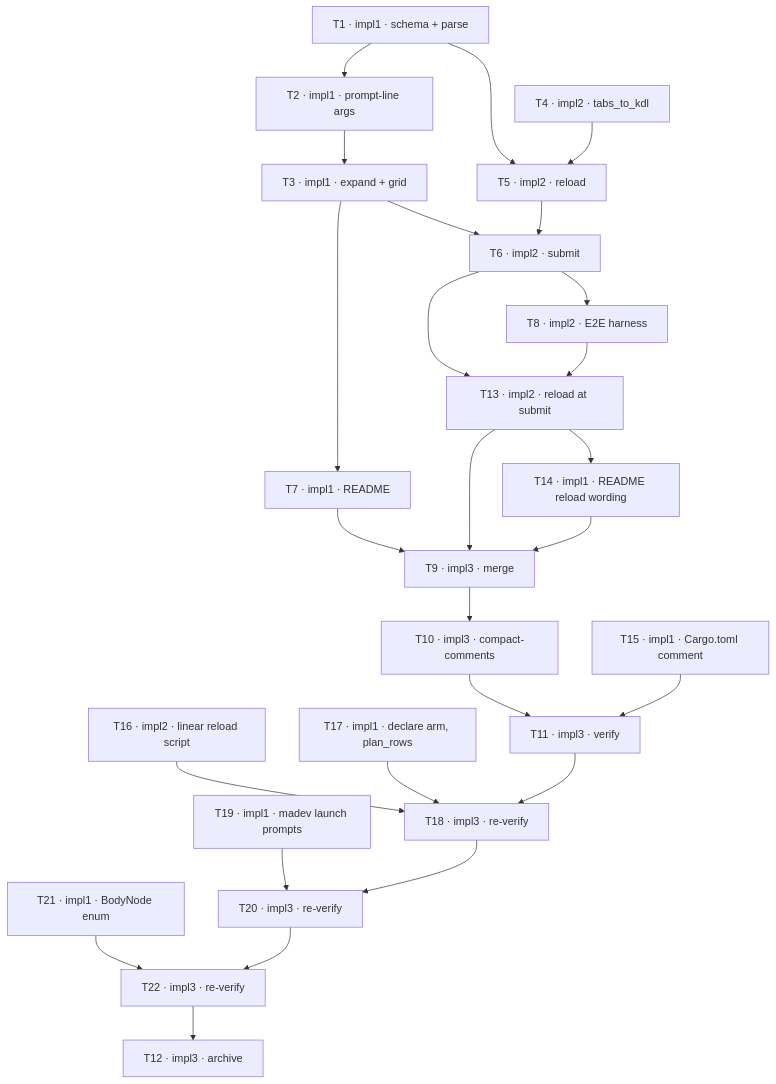
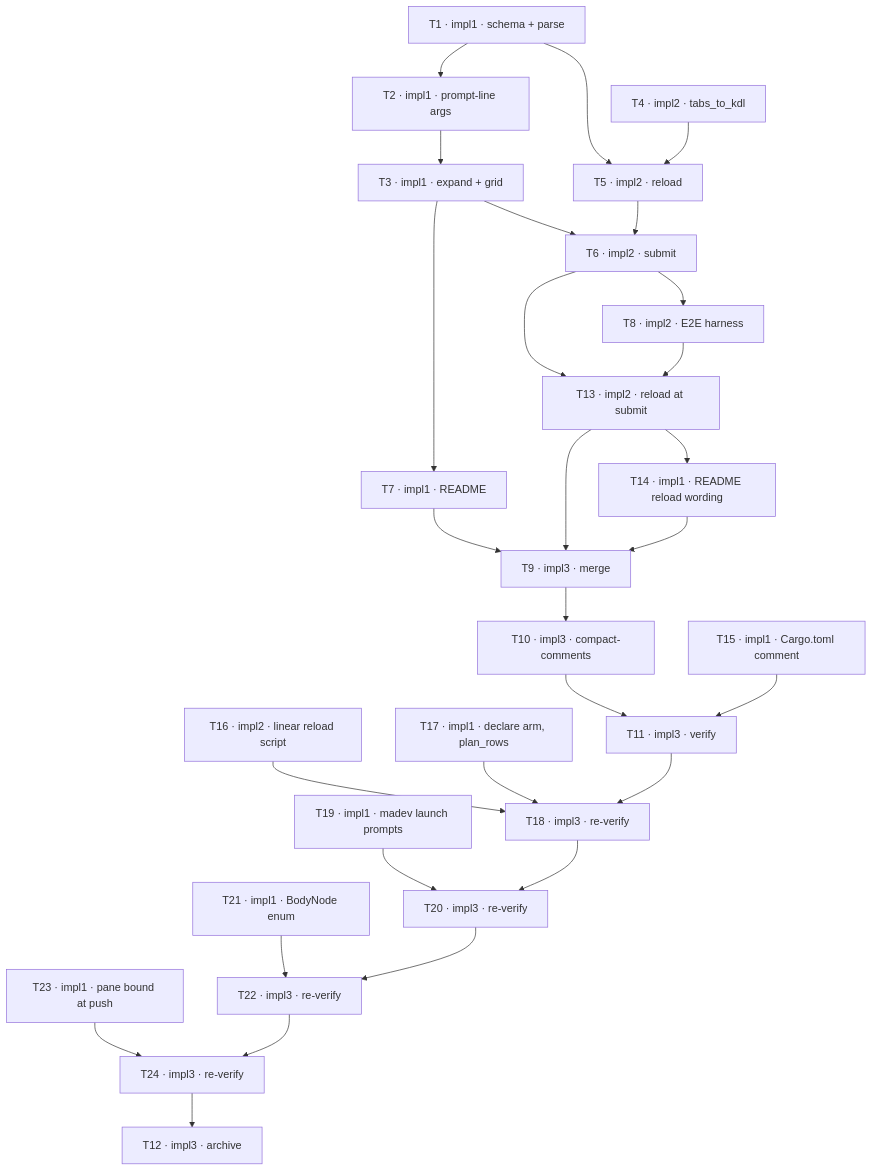
Before and after one commit to treekmk/zellaude: the diagram in CLAUDE_TODO-layout-generator.md, drawn with Mermaid. The commit also changed other lines of this file and 1 other file, not shown here.

First line of the commit message:
[revise] Bound panes at push time (T23), re-verify (T24)

````diff
--- a/CLAUDE_TODO-layout-generator.md
+++ b/CLAUDE_TODO-layout-generator.md
@@ -50,29 +52,31 @@
 ```mermaid
 graph TD
   T1[T1 · impl1 · schema + parse] --> T2[T2 · impl1 · prompt-line args]
   T2 --> T3[T3 · impl1 · expand + grid]
   T4[T4 · impl2 · tabs_to_kdl]
   T1 --> T5[T5 · impl2 · reload]
   T4 --> T5
   T3 --> T6[T6 · impl2 · submit]
   T5 --> T6
   T3 --> T7[T7 · impl1 · README]
   T6 --> T8[T8 · impl2 · E2E harness]
   T6 --> T13[T13 · impl2 · reload at submit]
   T8 --> T13
   T13 --> T14[T14 · impl1 · README reload wording]
   T7 --> T9[T9 · impl3 · merge]
   T13 --> T9
   T14 --> T9
   T9 --> T10[T10 · impl3 · compact-comments]
   T10 --> T11[T11 · impl3 · verify]
   T15[T15 · impl1 · Cargo.toml comment] --> T11
   T16[T16 · impl2 · linear reload script] --> T18[T18 · impl3 · re-verify]
   T17[T17 · impl1 · declare arm, plan_rows] --> T18
   T11 --> T18
   T19[T19 · impl1 · madev launch prompts] --> T20[T20 · impl3 · re-verify]
   T18 --> T20
   T21[T21 · impl1 · BodyNode enum] --> T22[T22 · impl3 · re-verify]
   T20 --> T22
-  T22 --> T12[T12 · impl3 · archive]
+  T23[T23 · impl1 · pane bound at push] --> T24[T24 · impl3 · re-verify]
+  T22 --> T24
+  T24 --> T12[T12 · impl3 · archive]
 ```
````
